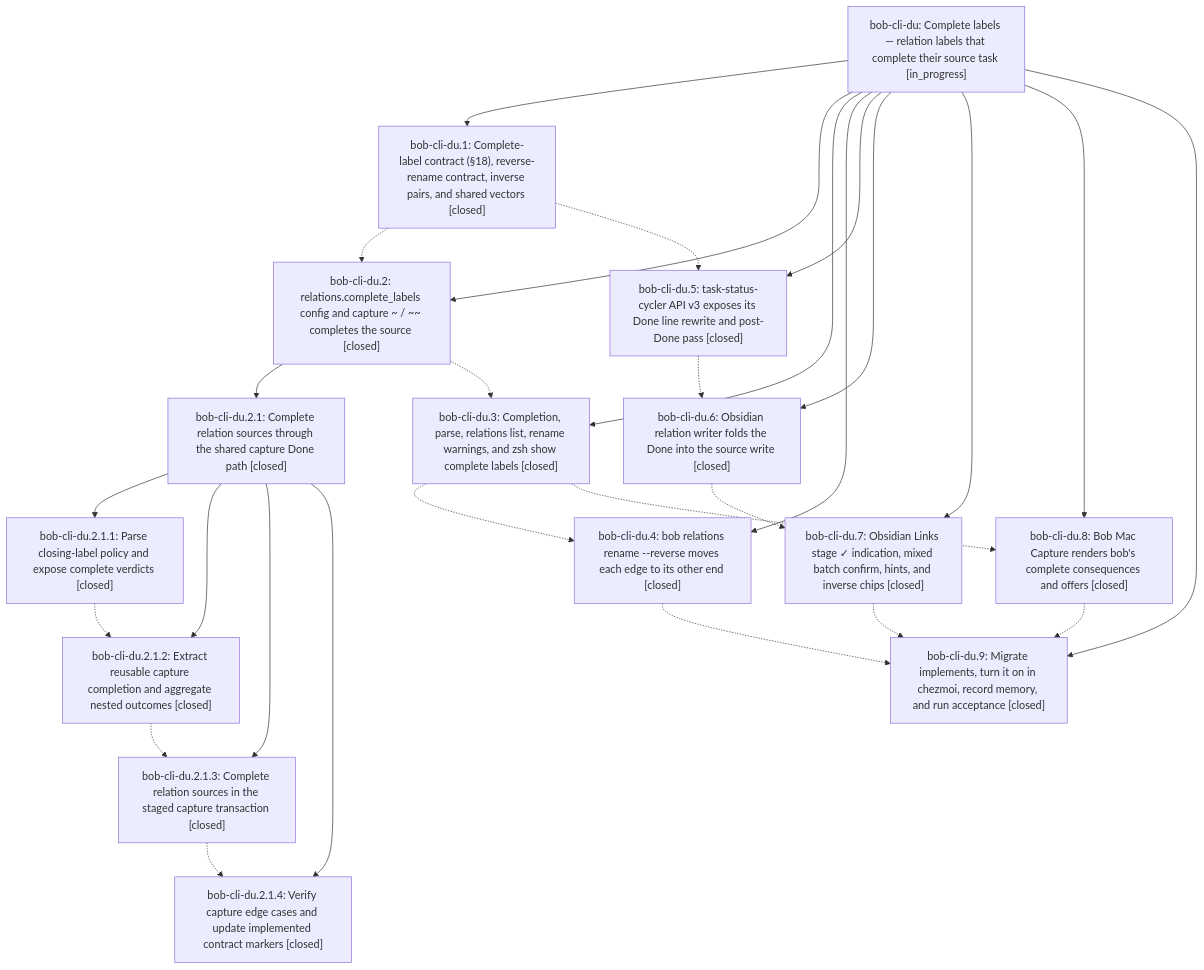
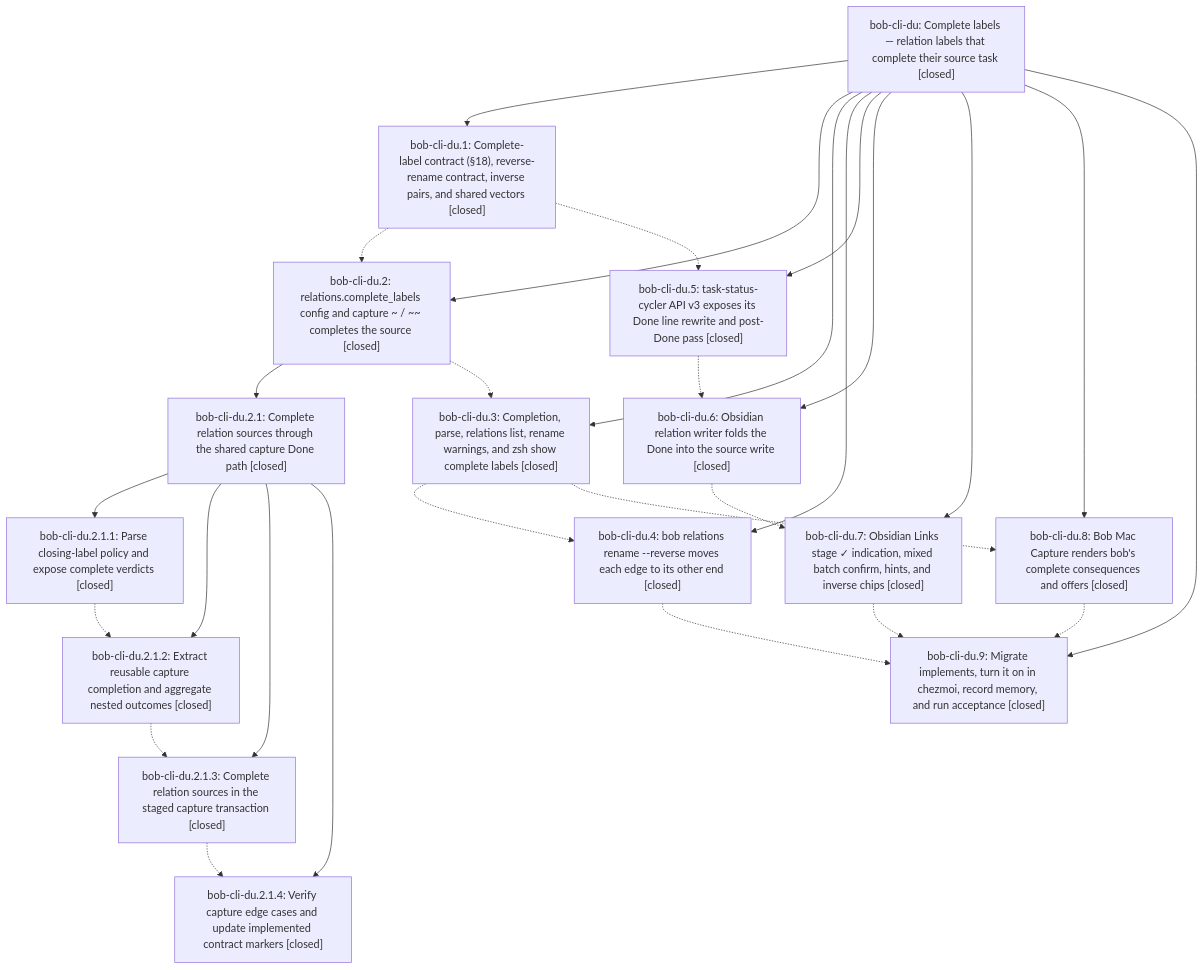
The diagram in pages/bob-cli-du/README.md (bobs-org/bob-cli--beads), drawn with Mermaid before and after one commit. The commit also changed other lines of this file and 1 other file, not shown here.

First line of the commit message:
chore(beads): sync bead state and pages for bob-cli-du

````diff
--- a/pages/bob-cli-du/README.md
+++ b/pages/bob-cli-du/README.md
@@ -44,45 +50,45 @@
 ```mermaid
 flowchart TD
-    n0["bob-cli-du: Complete labels — relation labels that complete their source task [in_progress]"]
+    n0["bob-cli-du: Complete labels — relation labels that complete their source task [closed]"]
     n1["bob-cli-du.1: Complete-label contract (§18), reverse-rename contract, inverse pairs, and shared vectors [closed]"]
     n2["bob-cli-du.2: relations.complete_labels config and capture ~ / ~~ completes the source [closed]"]
     n3["bob-cli-du.2.1: Complete relation sources through the shared capture Done path [closed]"]
     n4["bob-cli-du.2.1.1: Parse closing-label policy and expose complete verdicts [closed]"]
     n5["bob-cli-du.2.1.2: Extract reusable capture completion and aggregate nested outcomes [closed]"]
     n6["bob-cli-du.2.1.3: Complete relation sources in the staged capture transaction [closed]"]
     n7["bob-cli-du.2.1.4: Verify capture edge cases and update implemented contract markers [closed]"]
     n8["bob-cli-du.3: Completion, parse, relations list, rename warnings, and zsh show complete labels [closed]"]
     n9["bob-cli-du.4: bob relations rename --reverse moves each edge to its other end [closed]"]
     n10["bob-cli-du.5: task-status-cycler API v3 exposes its Done line rewrite and post-Done pass [closed]"]
     n11["bob-cli-du.6: Obsidian relation writer folds the Done into the source write [closed]"]
     n12["bob-cli-du.7: Obsidian Links stage ✓ indication, mixed batch confirm, hints, and inverse chips [closed]"]
     n13["bob-cli-du.8: Bob Mac Capture renders bob's complete consequences and offers [closed]"]
     n14["bob-cli-du.9: Migrate implements, turn it on in chezmoi, record memory, and run acceptance [closed]"]
     n0 --> n1
     n0 --> n2
     n2 --> n3
     n3 --> n4
     n3 --> n5
     n3 --> n6
     n3 --> n7
     n0 --> n8
     n0 --> n9
     n0 --> n10
     n0 --> n11
     n0 --> n12
     n0 --> n13
     n0 --> n14
     n1 -.-> n2
     n1 -.-> n10
     n2 -.-> n8
     n4 -.-> n5
     n5 -.-> n6
     n6 -.-> n7
     n8 -.-> n9
     n8 -.-> n13
     n9 -.-> n14
     n10 -.-> n11
     n11 -.-> n12
     n12 -.-> n14
     n13 -.-> n14
 ```
````
